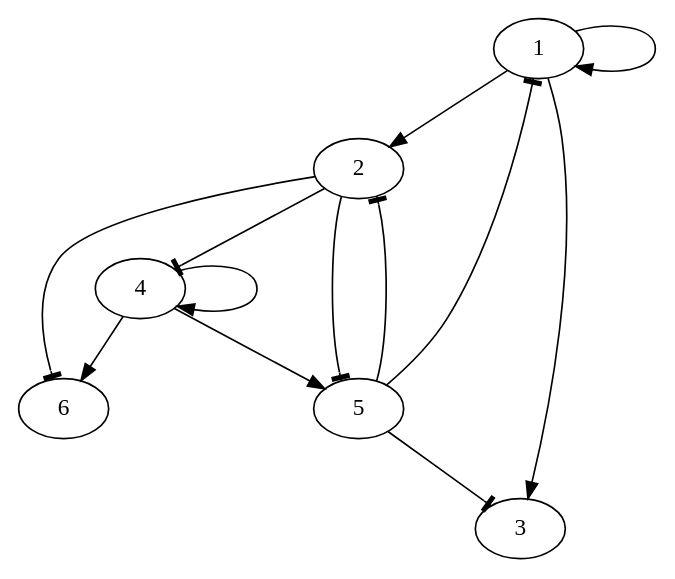
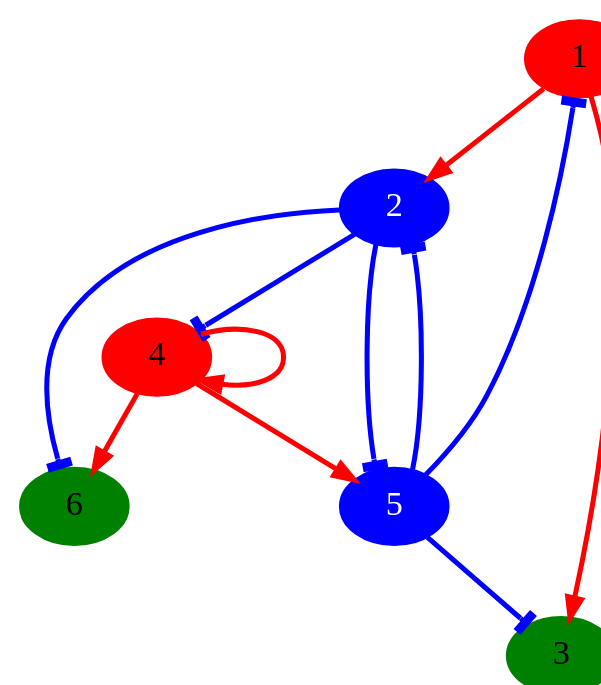
The diagram in examples/Neuron_networks_I/scpg.dot (copasi/model_replicator), drawn with Graphviz before and after one commit.

Commit message:
decorations added

```diff
--- a/examples/Neuron_networks_I/scpg.dot
+++ b/examples/Neuron_networks_I/scpg.dot
@@ -1,19 +1,31 @@
 digraph scpg{
 // network for spinal central pattern generator
- nodesep=0.6;
 
- 1 -> 1
- 1 -> 2
- 1 -> 3
+ nodesep=0.5;
+ dpi=100
+ size="5.5,3"
+ node[ fontname="Arial Bold"; fontsize="17"; style="filled"]
+ edge[ penwidth="2.5"]
 
- 4 -> 4
- 4 -> 5
- 4 -> 6
+ 1 [color="red"]
+ 2 [color="blue"; fontcolor="white"]
+ 3 [color="green"]
+ 4 [color="red"]
+ 5 [color="blue"; fontcolor="white"]
+ 6 [color="green"]
 
- 2 -> 4 [arrowhead="tee"]
- 2 -> 5 [arrowhead="tee"]
- 2 -> 6 [arrowhead="tee"]
- 5 -> 1 [arrowhead="tee"]
- 5 -> 2 [arrowhead="tee"]
- 5 -> 3 [arrowhead="tee"]
+ 1 -> 1 [color="red"]
+ 1 -> 2 [color="red"]
+ 4 -> 4 [color="red"]
+ 4 -> 5 [color="red"]
+
+ 2 -> 4 [arrowhead="tee"; color="blue"]
+ 2 -> 5 [arrowhead="tee"; color="blue"]
+ 2 -> 6 [arrowhead="tee"; color="blue"]
+ 5 -> 1 [arrowhead="tee"; color="blue"]
+ 5 -> 2 [arrowhead="tee"; color="blue"]
+ 5 -> 3 [arrowhead="tee"; color="blue"]
+
+ 1 -> 3 [color="red"]
+ 4 -> 6 [color="red"]
 }
```
